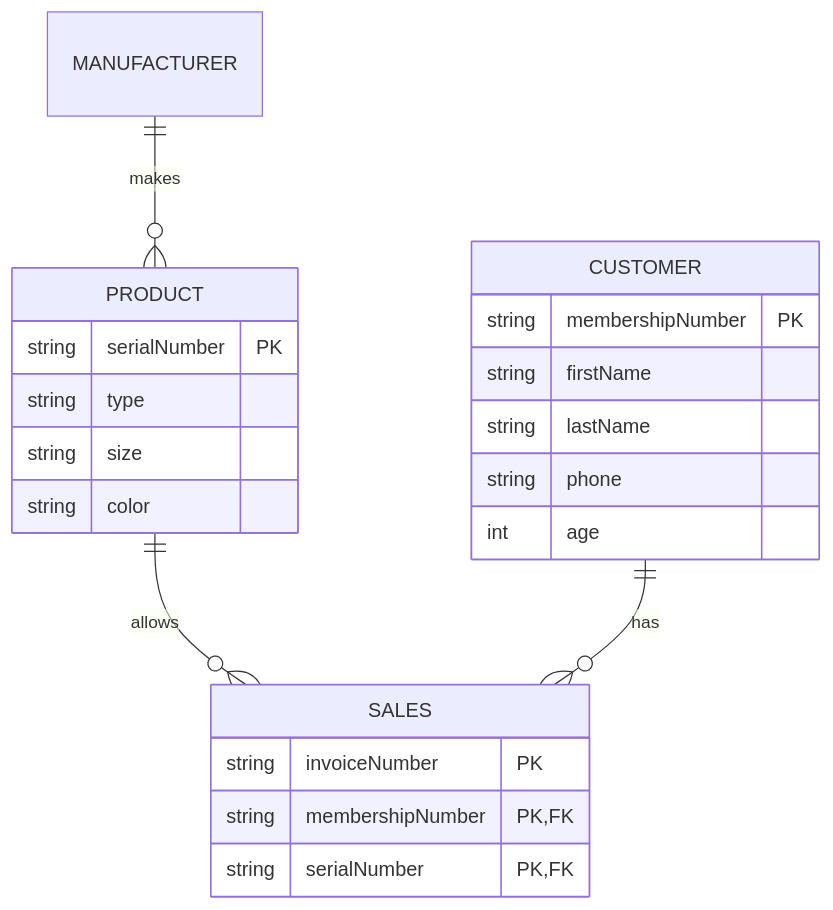
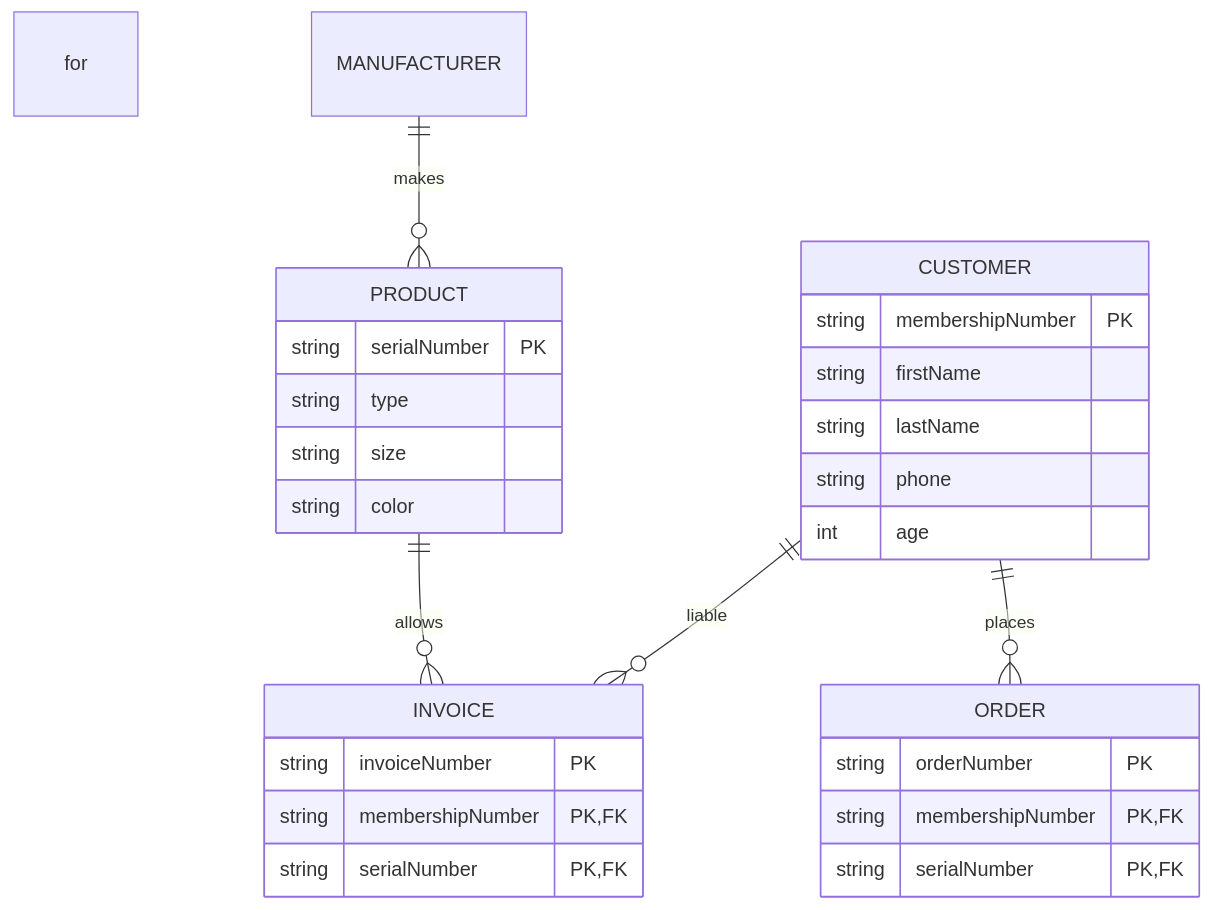
One commit to mealvarez-my-waketech-edu/NikeStore_ERD.md changed the diagram in README.md. Above: the diagram before and after it, drawn with Mermaid.

````diff
--- a/README.md
+++ b/README.md
@@ -8,24 +8,30 @@
 ```mermaid
 erDiagram
-    PRODUCT ||--o{ SALES : allows
+    PRODUCT ||--o{ INVOICE : allows
     PRODUCT {
         string serialNumber PK
         string type
         string size
         string color
     }
-    CUSTOMER ||--o{ SALES : has
+    CUSTOMER ||--o{ ORDER : places
+    CUSTOMER ||--o{ INVOICE : liable for
     CUSTOMER {
         string membershipNumber PK
         string firstName
         string lastName
         string phone
         int age
     }
-    SALES {
+    ORDER {
+        string orderNumber PK
+        string membershipNumber PK, FK
+        string serialNumber PK, FK
+    }
+    INVOICE {
         string invoiceNumber PK
         string membershipNumber PK, FK
         string serialNumber PK, FK
     }
     MANUFACTURER only one to zero or more PRODUCT : makes
 ```
````
